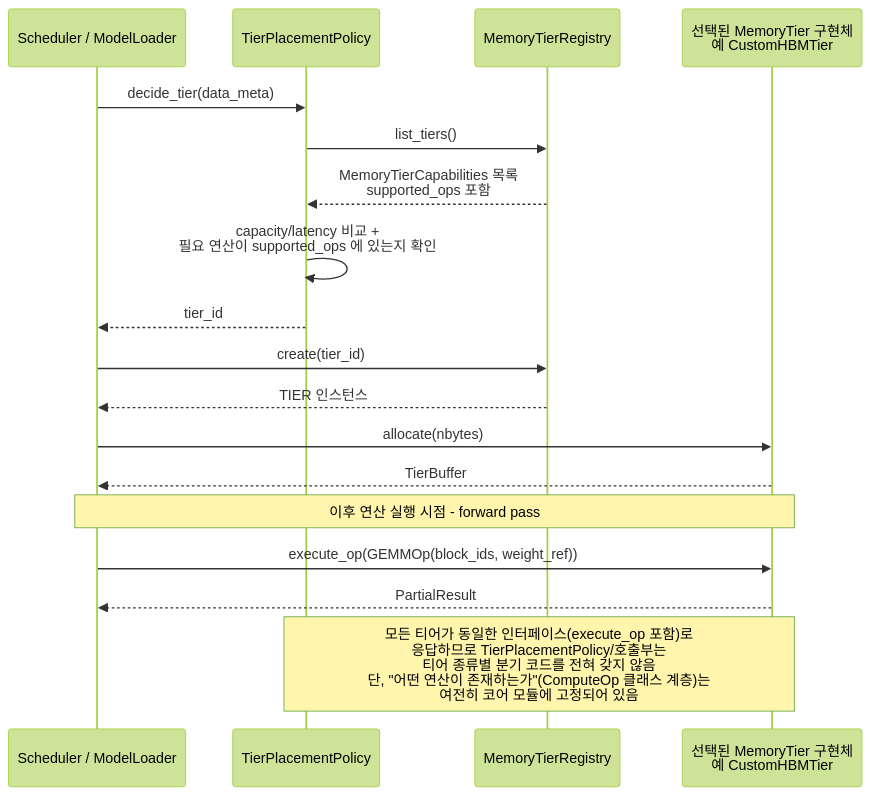
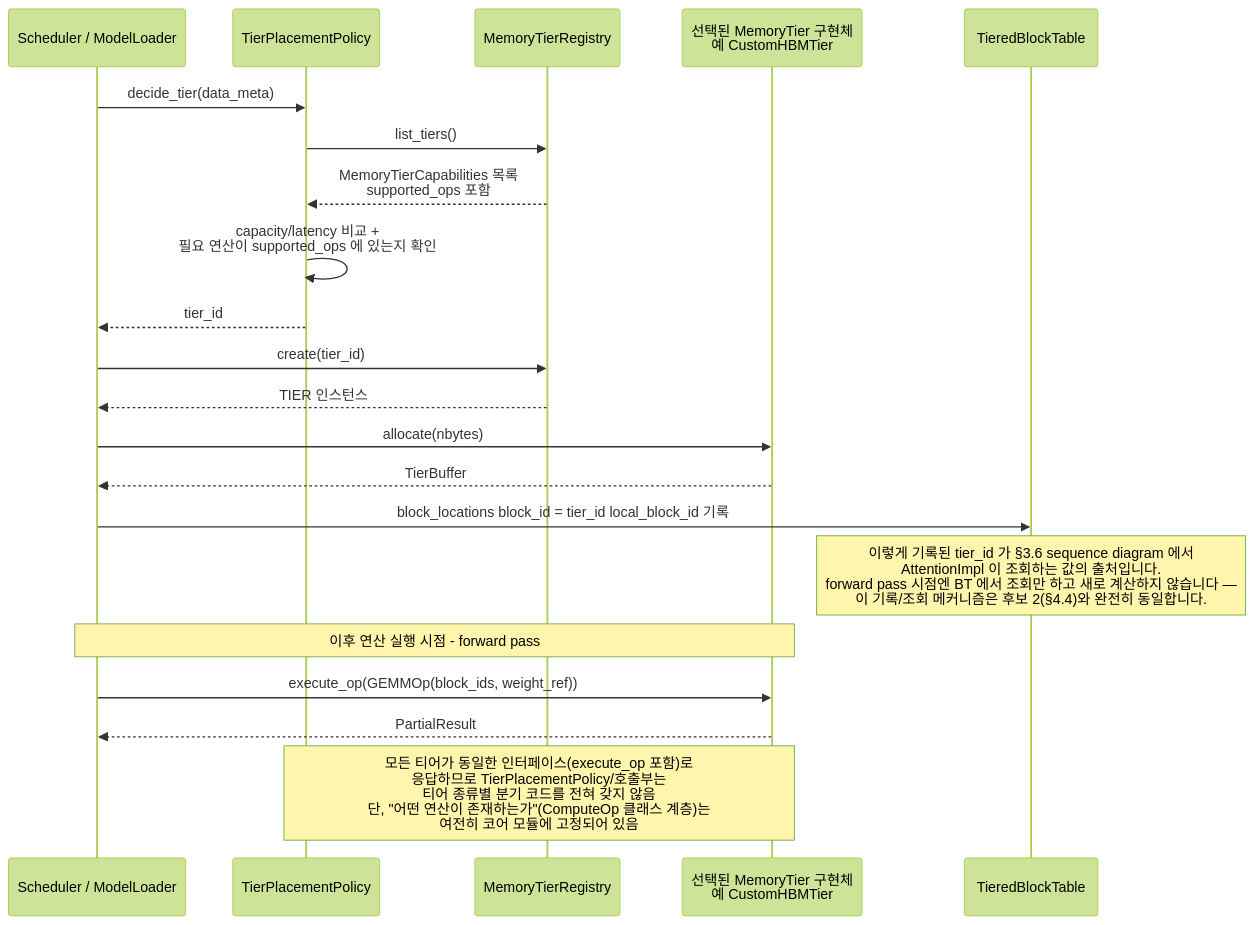
Before and after one commit to mkim0628/vllm: the third of 10 diagrams in doc-mk/vllm-memory-abstraction-level-candidates.md, drawn with Mermaid (forest theme). The commit also changed other lines of this file, not shown here.

````diff
--- a/doc-mk/vllm-memory-abstraction-level-candidates.md
+++ b/doc-mk/vllm-memory-abstraction-level-candidates.md
@@ -265,23 +265,27 @@
 ```mermaid
 sequenceDiagram
     participant CALLER as Scheduler / ModelLoader
     participant TPP as TierPlacementPolicy
     participant REG as MemoryTierRegistry
     participant TIER as 선택된 MemoryTier 구현체<br/>예 CustomHBMTier
+    participant BT as TieredBlockTable
 
     CALLER->>TPP: decide_tier(data_meta)
     TPP->>REG: list_tiers()
     REG-->>TPP: MemoryTierCapabilities 목록<br/>supported_ops 포함
     TPP->>TPP: capacity/latency 비교 +<br/>필요 연산이 supported_ops 에 있는지 확인
     TPP-->>CALLER: tier_id
     CALLER->>REG: create(tier_id)
     REG-->>CALLER: TIER 인스턴스
     CALLER->>TIER: allocate(nbytes)
     TIER-->>CALLER: TierBuffer
+    CALLER->>BT: block_locations block_id = tier_id local_block_id 기록
+
+    Note over BT: 이렇게 기록된 tier_id 가 §3.6 sequence diagram 에서<br/>AttentionImpl 이 조회하는 값의 출처입니다.<br/>forward pass 시점엔 BT 에서 조회만 하고 새로 계산하지 않습니다 —<br/>이 기록/조회 메커니즘은 후보 2(§4.4)와 완전히 동일합니다.
 
     Note over CALLER,TIER: 이후 연산 실행 시점 - forward pass
     CALLER->>TIER: execute_op(GEMMOp(block_ids, weight_ref))
     TIER-->>CALLER: PartialResult
 
     Note over TPP,TIER: 모든 티어가 동일한 인터페이스(execute_op 포함)로<br/>응답하므로 TierPlacementPolicy/호출부는<br/>티어 종류별 분기 코드를 전혀 갖지 않음<br/>단, "어떤 연산이 존재하는가"(ComputeOp 클래스 계층)는<br/>여전히 코어 모듈에 고정되어 있음
 ```
````
